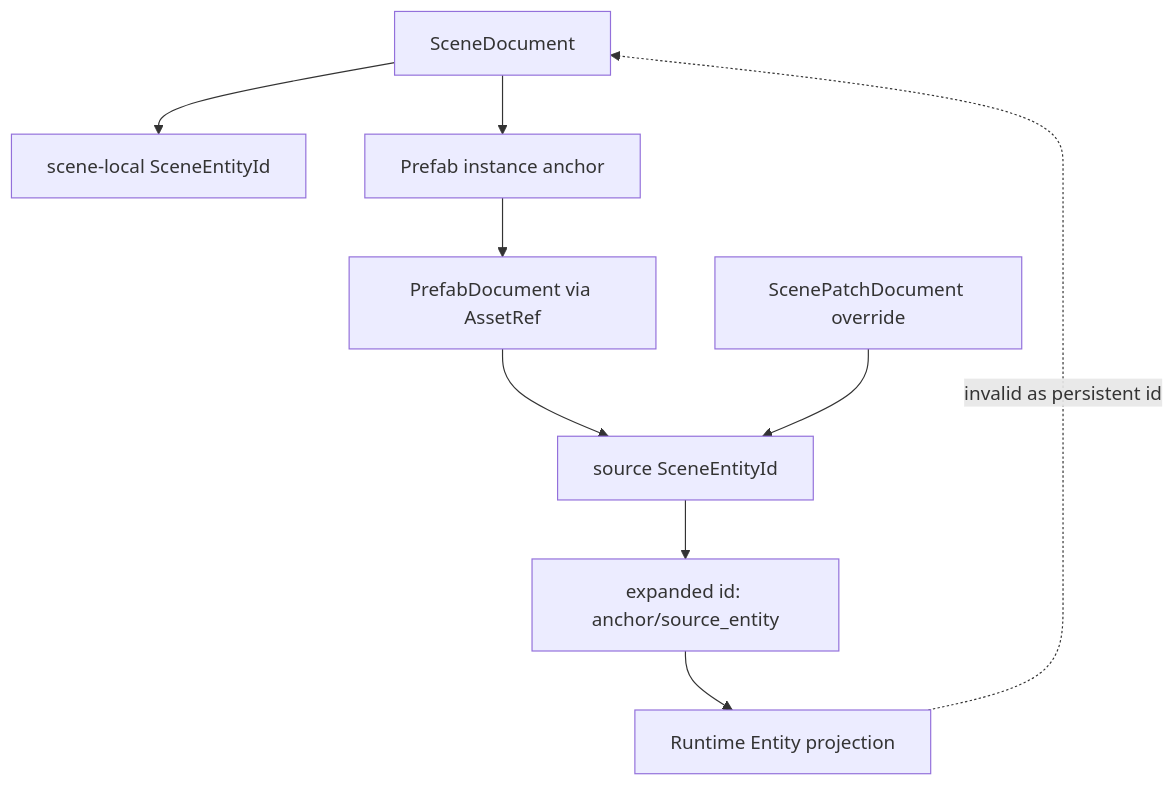
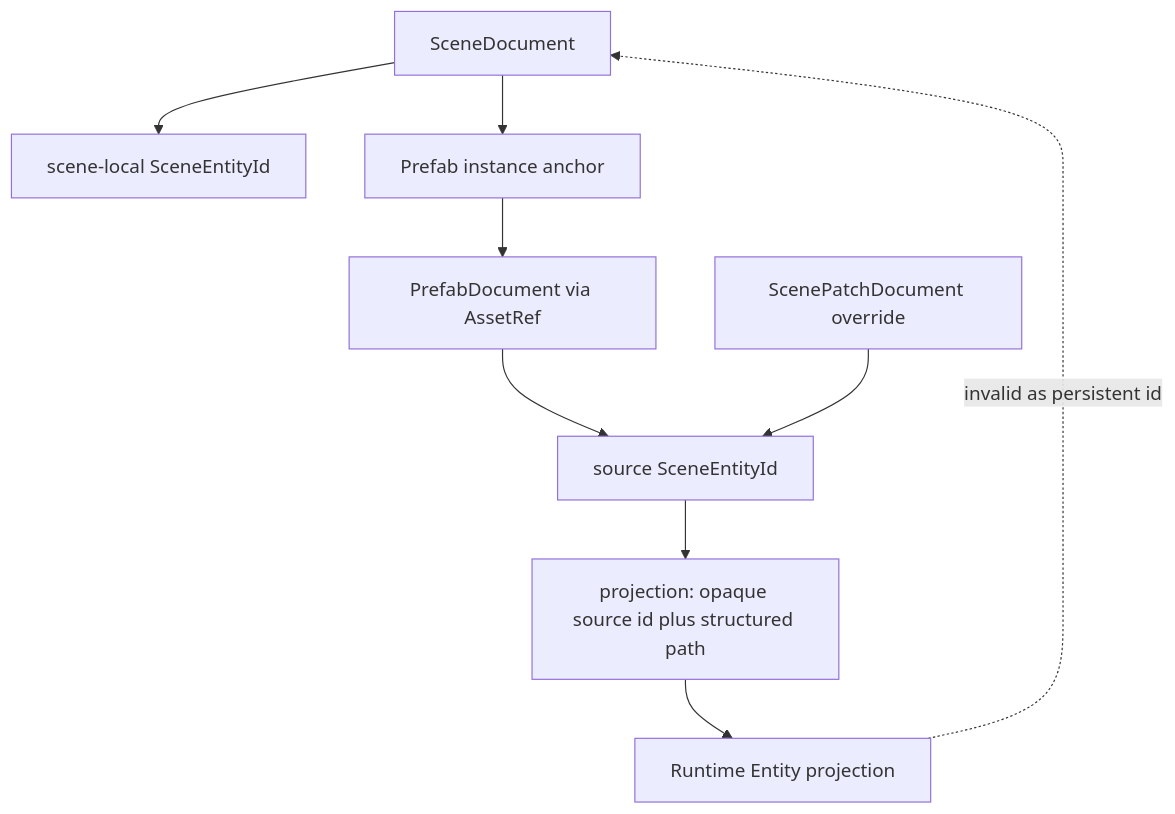
Before and after one commit to Latias94/nara: the diagram in docs/architecture/adr/0038-scene-prefab-authoring-identity-and-provenance.md, drawn with Mermaid. The commit also changed other lines of this file and 8 other files, not shown here.

````diff
--- a/docs/architecture/adr/0038-scene-prefab-authoring-identity-and-provenance.md
+++ b/docs/architecture/adr/0038-scene-prefab-authoring-identity-and-provenance.md
@@ -43,11 +49,11 @@
 ```mermaid
 flowchart TD
     Scene[SceneDocument] --> Local[scene-local SceneEntityId]
     Scene --> Anchor[Prefab instance anchor]
     Anchor --> Source[PrefabDocument via AssetRef]
     Source --> SourceEntity[source SceneEntityId]
-    SourceEntity --> Expanded[expanded id: anchor/source_entity]
+    SourceEntity --> Expanded[projection: opaque source id plus structured path]
     Override[ScenePatchDocument override] --> SourceEntity
     Expanded --> Runtime[Runtime Entity projection]
     Runtime -. invalid as persistent id .-> Scene
 ```
````
